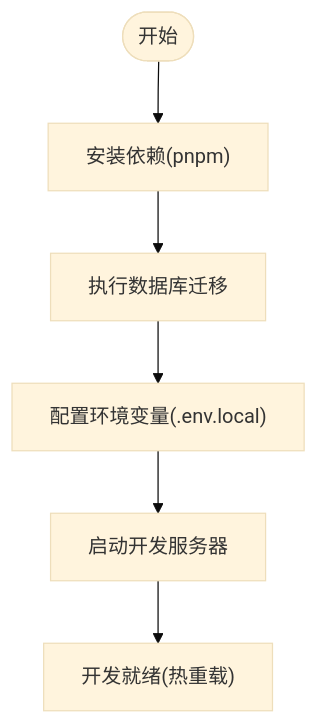
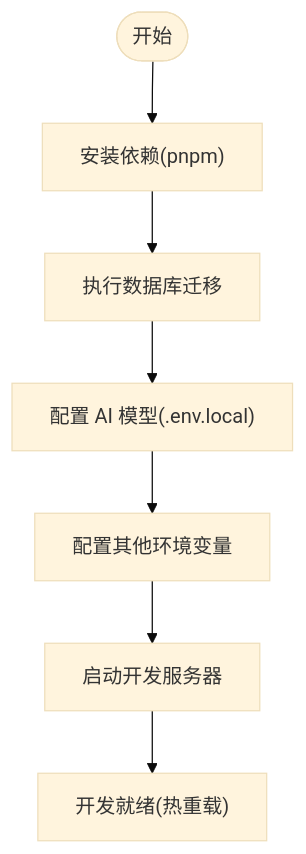
The third of 5 diagrams in .qoder/repowiki/zh/content/开发指南/环境配置.md (AIMFllyYS/code-video-canvas), drawn with Mermaid (base theme) before and after one commit. The commit also changed other lines of this file and 18 other files, not shown here.

````diff
--- a/.qoder/repowiki/zh/content/开发指南/环境配置.md
+++ b/.qoder/repowiki/zh/content/开发指南/环境配置.md
@@ -151,8 +166,9 @@
 ```mermaid
 flowchart TD
 Start(["开始"]) --> Install["安装依赖(pnpm)"]
 Install --> Migrate["执行数据库迁移"]
-Migrate --> Env["配置环境变量(.env.local)"]
+Migrate --> AIConfig["配置 AI 模型(.env.local)"]
+AIConfig --> Env["配置其他环境变量"]
 Env --> DevStart["启动开发服务器"]
 DevStart --> Ready["开发就绪(热重载)"]
 ```
````
